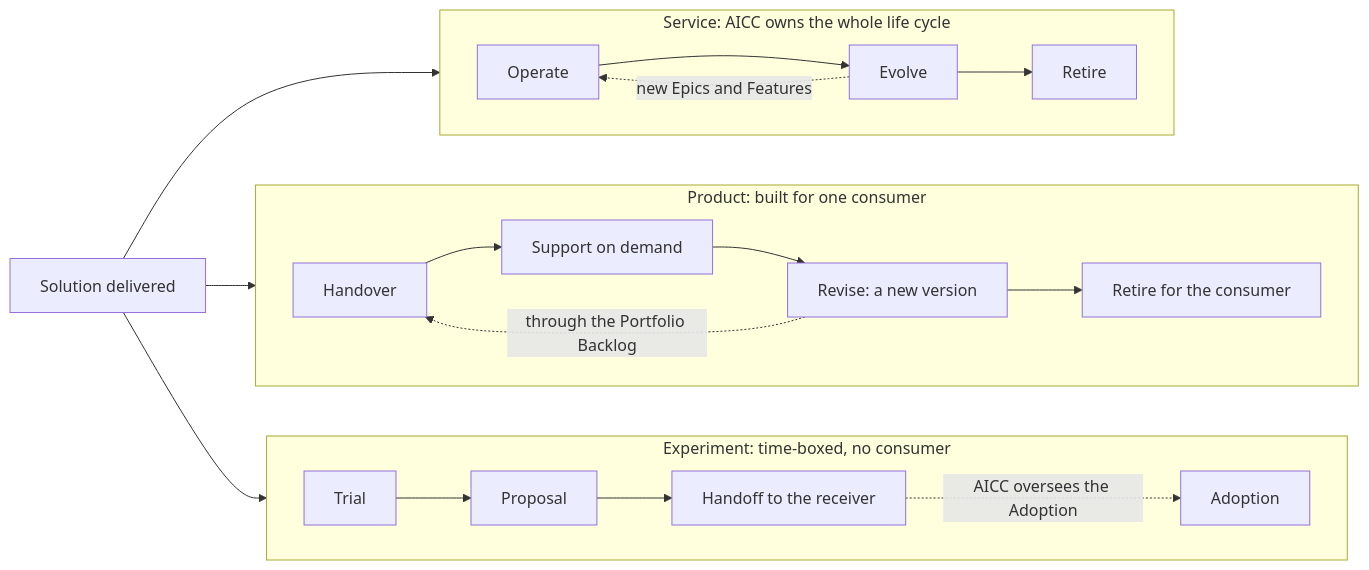
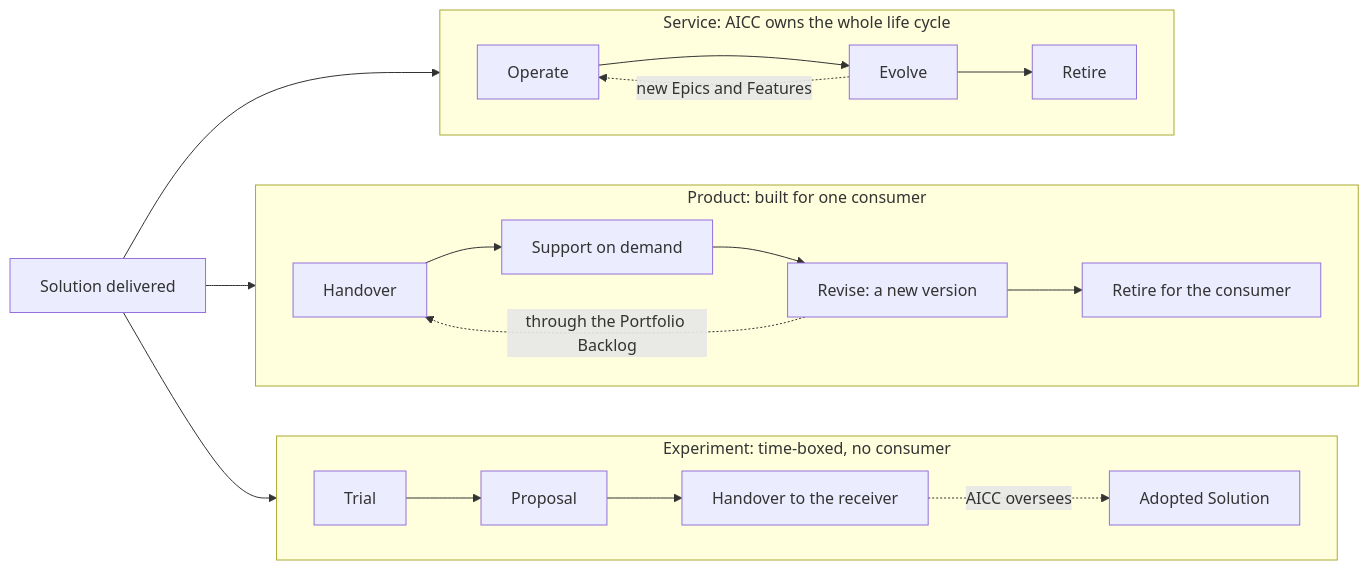
One commit to devhogu/ob-aicc changed the third of 3 diagrams in charter/workflows/service-delivery.md. Above: the diagram before and after it, drawn with Mermaid. The commit also changed other lines of this file and 34 other files, not shown here.

````diff
--- a/charter/workflows/service-delivery.md
+++ b/charter/workflows/service-delivery.md
@@ -132,21 +133,21 @@
 ```mermaid
 flowchart LR
   D["Solution delivered"] --> SV
   D --> PR
   D --> EX
   subgraph SV["Service: AICC owns the whole life cycle"]
     direction LR
     S1["Operate"] --> S2["Evolve"] --> S3["Retire"]
     S2 -.new Epics and Features.-> S1
   end
   subgraph PR["Product: built for one consumer"]
     direction LR
     P1["Handover"] --> P2["Support on demand"] --> P3["Revise: a new version"] --> P4["Retire for the consumer"]
     P3 -.through the Portfolio Backlog.-> P1
   end
   subgraph EX["Experiment: time-boxed, no consumer"]
     direction LR
-    X1["Trial"] --> X2["Proposal"] --> X3["Handoff to the receiver"]
-    X3 -.AICC oversees the Adoption.-> A["Adoption"]
+    X1["Trial"] --> X2["Proposal"] --> X3["Handover to the receiver"]
+    X3 -.AICC oversees.-> A["Adopted Solution"]
   end
 ```
````
